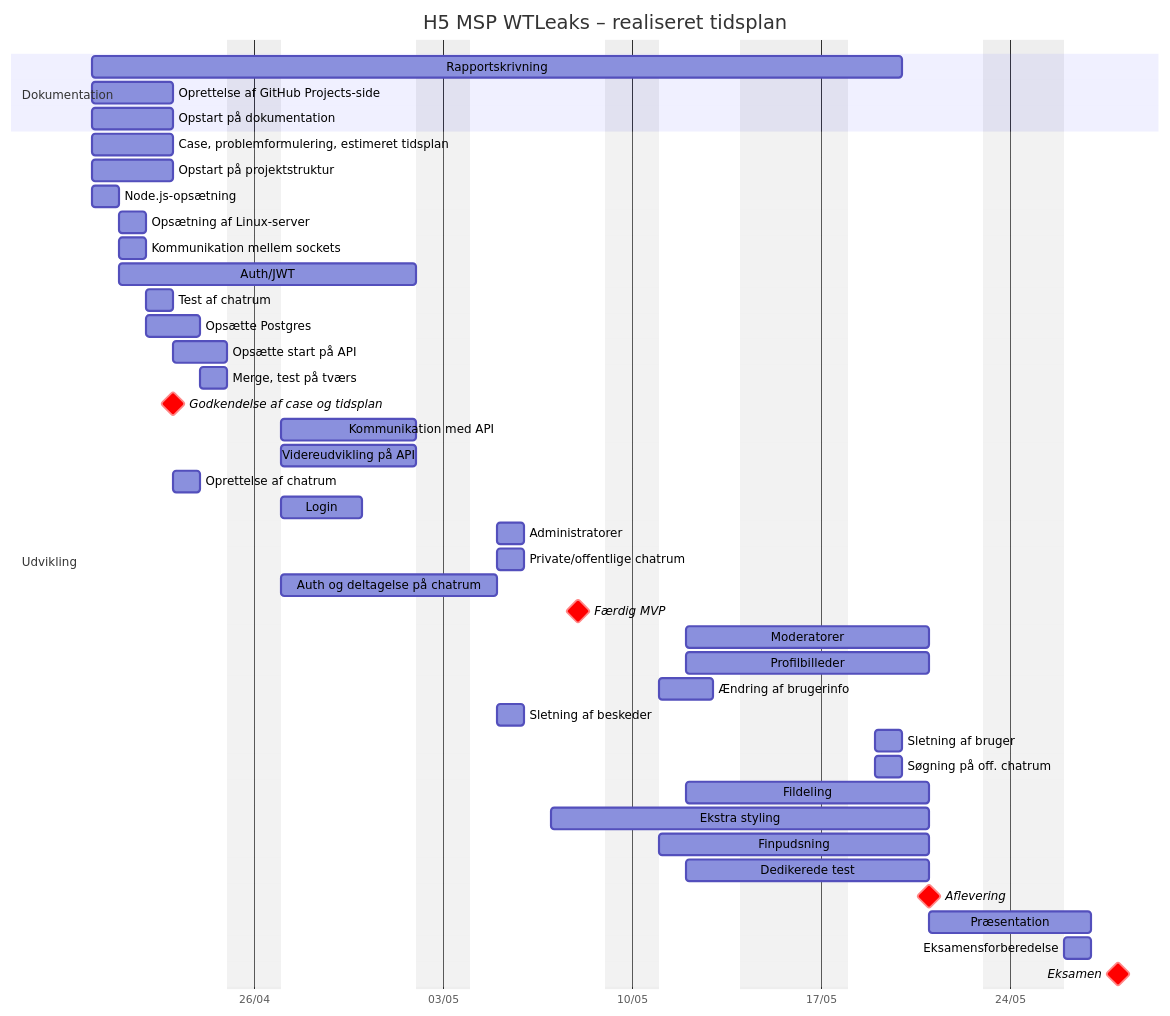
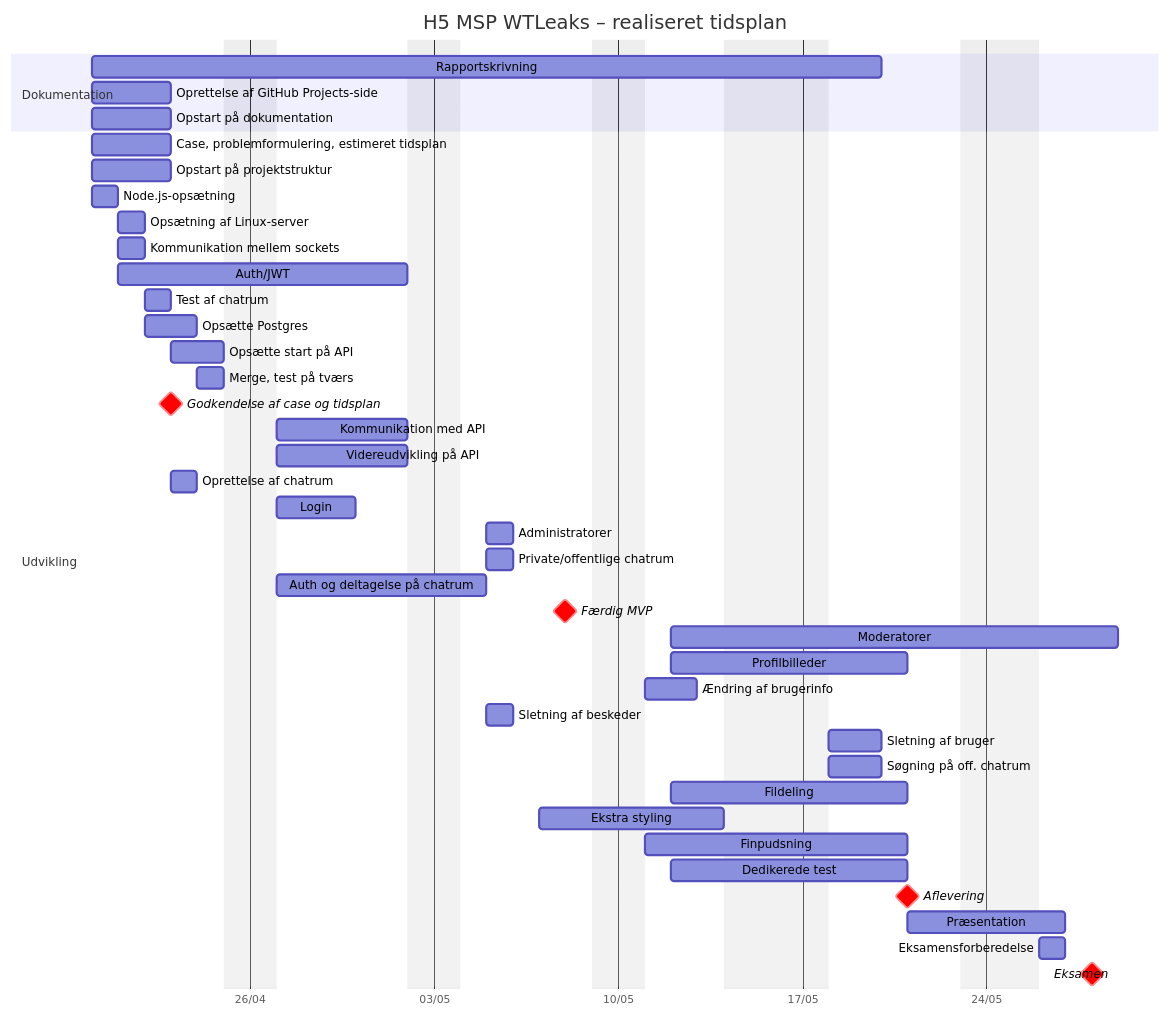
One commit to Mercantec-GHC/h5-msp-wtleaks changed the diagram in Rapport/docs/Realiseret Tidsplan.md. Above: the diagram before and after it, drawn with Mermaid. The commit also changed 4 other files, not shown here.

````diff
--- a/Rapport/docs/Realiseret Tidsplan.md
+++ b/Rapport/docs/Realiseret Tidsplan.md
@@ -3,65 +3,65 @@
 ```mermaid
 ---
 config:
     themeVariables:
         taskTextColor: 'black'
         taskTextOutsideColor: 'black'
 ---
 gantt
     title H5 MSP WTLeaks – realiseret tidsplan
     dateFormat  YYYY-MM-DD
     axisFormat  %d/%m
     excludes  weekends, 2026-05-14, 2026-05-15, 2026-05-25
     %% todayMarker off
     
     section Dokumentation
     Rapportskrivning  : 2026-04-20, 20d
     Oprettelse af GitHub Projects-side  : 2026-04-20, 3d
     Opstart på dokumentation  : 2026-04-20, 3d
     
     section Udvikling
     %% Uge 1
     Case, problemformulering, estimeret tidsplan  : 2026-04-20, 3d
     Opstart på projektstruktur  : 2026-04-20, 3d
     Node.js-opsætning  : 2026-04-20, 1d
     Opsætning af Linux-server  : 2026-04-21, 1d
     Kommunikation mellem sockets  : 2026-04-21, 1d
     Auth/JWT  : jwt, 2026-04-21, 9d
     Test af chatrum  : 2026-04-22, 1d
     Opsætte Postgres  : 2026-04-22, 2d
     Opsætte start på API  : 2026-04-23, 2d
     Merge, test på tværs  : 2026-04-24, 1d
     Godkendelse af case og tidsplan  : crit, milestone, 2026-04-23, 0d
     
     %% Uge 2
     Kommunikation med API  : 2026-04-27, 5d
     Videreudvikling på API  : 2026-04-27, 5d
     Oprettelse af chatrum  : 2026-04-23, 1d
     Login  : 2026-04-27, 3d
     Administratorer  : 2026-05-05, 1d
     Private/offentlige chatrum  : 2026-05-05, 1d
     Auth og deltagelse på chatrum  : 2026-04-27, 6d
     Færdig MVP  : crit, milestone, 2026-05-08, 0d
     
     %% Uge 3
-    Moderatorer  : 2026-05-12, 5d
+    Moderatorer  : 2026-05-12, 10d
     Profilbilleder  : 2026-05-12, 5d
     Ændring af brugerinfo  : 2026-05-11, 2d
     Sletning af beskeder  : 2026-05-05, 1d
-    Sletning af bruger  : 2026-05-19, 1d
-    Søgning på off. chatrum  : 2026-05-19, 1d
+    Sletning af bruger  : 2026-05-18, 2d
+    Søgning på off. chatrum  : 2026-05-18, 2d
     Fildeling  : 2026-05-12, 5d
     
     %% Uge 4
-    Ekstra styling  : 2026-05-7, 8d
+    Ekstra styling  : 2026-05-7, 5d
     Finpudsning  : 2026-05-11, 6d
     
     %% Uge 5
     Dedikerede test  : 2026-05-12, 5d
     Aflevering  : crit, milestone, 2026-05-21, 0d
     Præsentation  : 2026-05-21, 3d
     
     %% Uge 6
     Eksamensforberedelse  : 2026-05-26, 1d
     Eksamen  : crit, milestone, 2026-05-28, 0d
 ```
````
